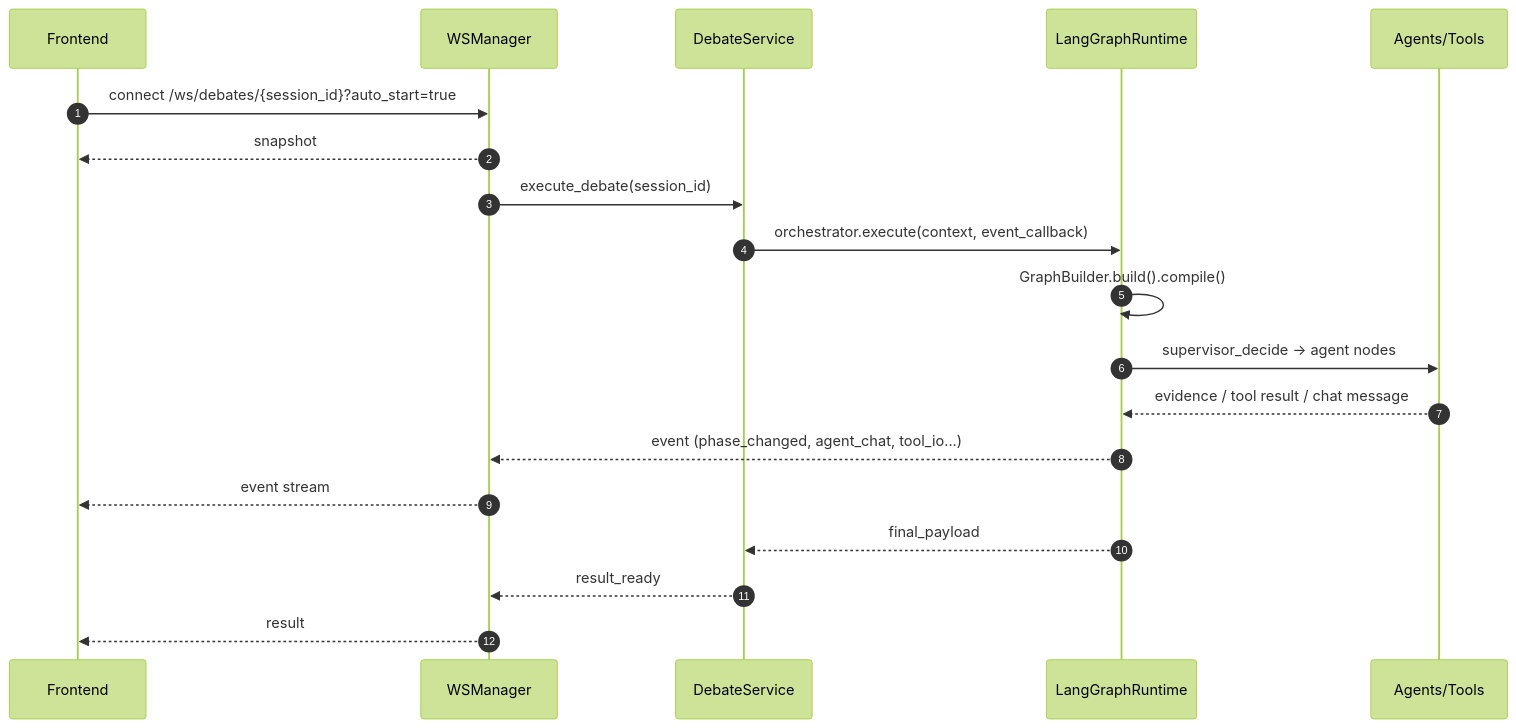
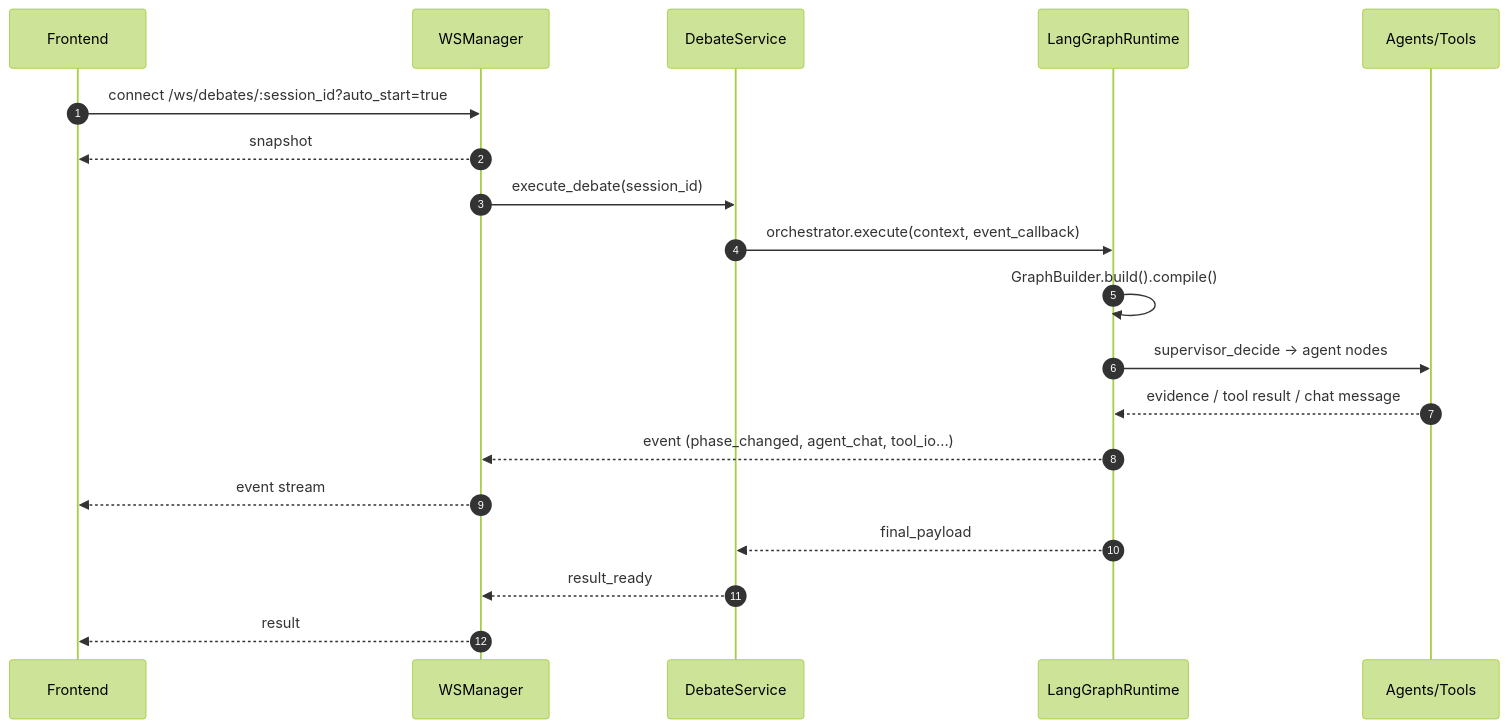
One commit to neochen1991/multi-agent-cli changed the third of 4 diagrams in docs/architecture/2026-03-04-runtime-architecture-diagrams.md. Above: the diagram before and after it, drawn with Mermaid (forest theme). The commit also changed other lines of this file and 8 other files, not shown here.

````diff
--- a/docs/architecture/2026-03-04-runtime-architecture-diagrams.md
+++ b/docs/architecture/2026-03-04-runtime-architecture-diagrams.md
@@ -70,24 +70,24 @@
 ```mermaid
 sequenceDiagram
     autonumber
     participant FE as Frontend
     participant WS as WSManager
     participant DS as DebateService
     participant LG as LangGraphRuntime
     participant AG as Agents/Tools
 
-    FE->>WS: connect /ws/debates/{session_id}?auto_start=true
+    FE->>WS: connect /ws/debates/:session_id?auto_start=true
     WS-->>FE: snapshot
     WS->>DS: execute_debate(session_id)
     DS->>LG: orchestrator.execute(context, event_callback)
 
     LG->>LG: GraphBuilder.build().compile()
     LG->>AG: supervisor_decide -> agent nodes
     AG-->>LG: evidence / tool result / chat message
     LG-->>WS: event (phase_changed, agent_chat, tool_io...)
     WS-->>FE: event stream
 
     LG-->>DS: final_payload
     DS-->>WS: result_ready
     WS-->>FE: result
 ```
````
